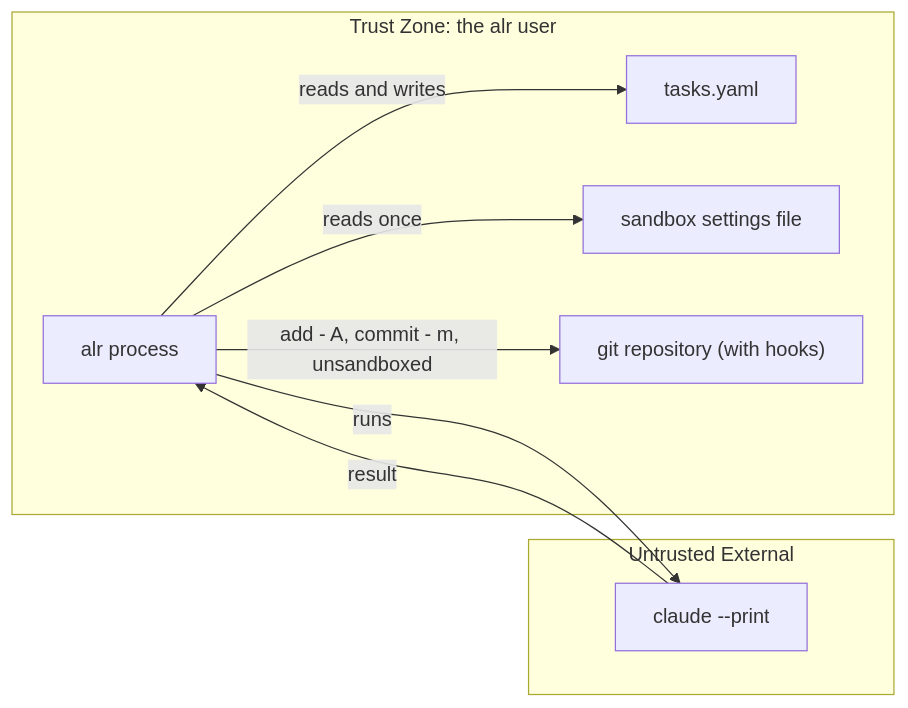
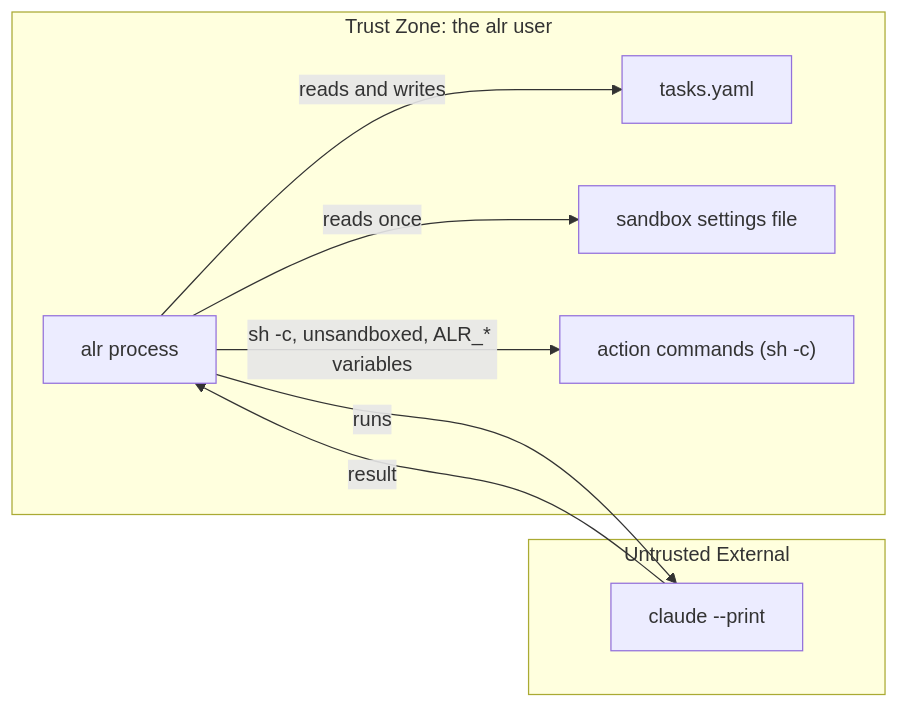
Before and after one commit to twistingmercury/agentic_loop_runner: the fifth of 5 diagrams in docs/design/03_system_architecture.md, drawn with Mermaid. The commit also changed other lines of this file and 70 other files, not shown here.

First line of the commit message:
Replace `--commit` with `after_task` and `after_run` actions (ADR-026) (#12)

````diff
--- a/docs/design/03_system_architecture.md
+++ b/docs/design/03_system_architecture.md
@@ -675,17 +623,17 @@
 ```mermaid
 graph LR
     subgraph TrustZone["Trust Zone: the alr user"]
         ALR["alr process"]
         TaskFile["tasks.yaml"]
         SettingsFile["sandbox settings file"]
-        Git["git repository (with hooks)"]
+        Actions["action commands (sh -c)"]
     end
     subgraph External["Untrusted External"]
         Claude["claude --print"]
     end
     ALR -->|reads and writes| TaskFile
     ALR -->|reads once| SettingsFile
     ALR -->|runs| Claude
     Claude -->|result| ALR
-    ALR -->|add - A, commit - m, unsandboxed| Git
+    ALR -->|sh -c, unsandboxed, ALR_* variables| Actions
 ```
````
